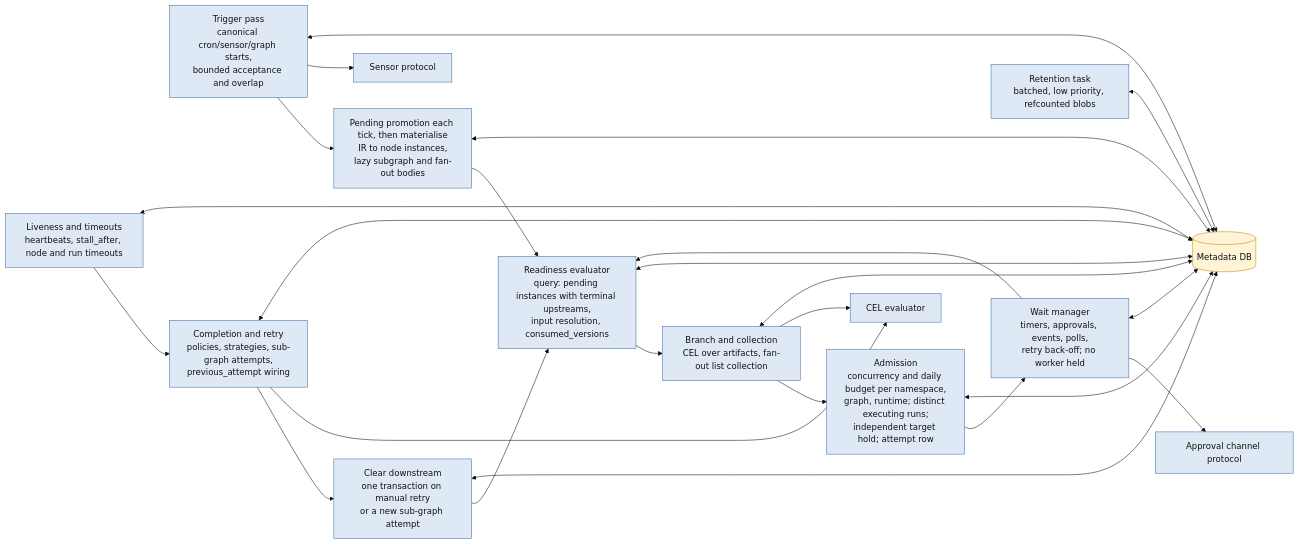
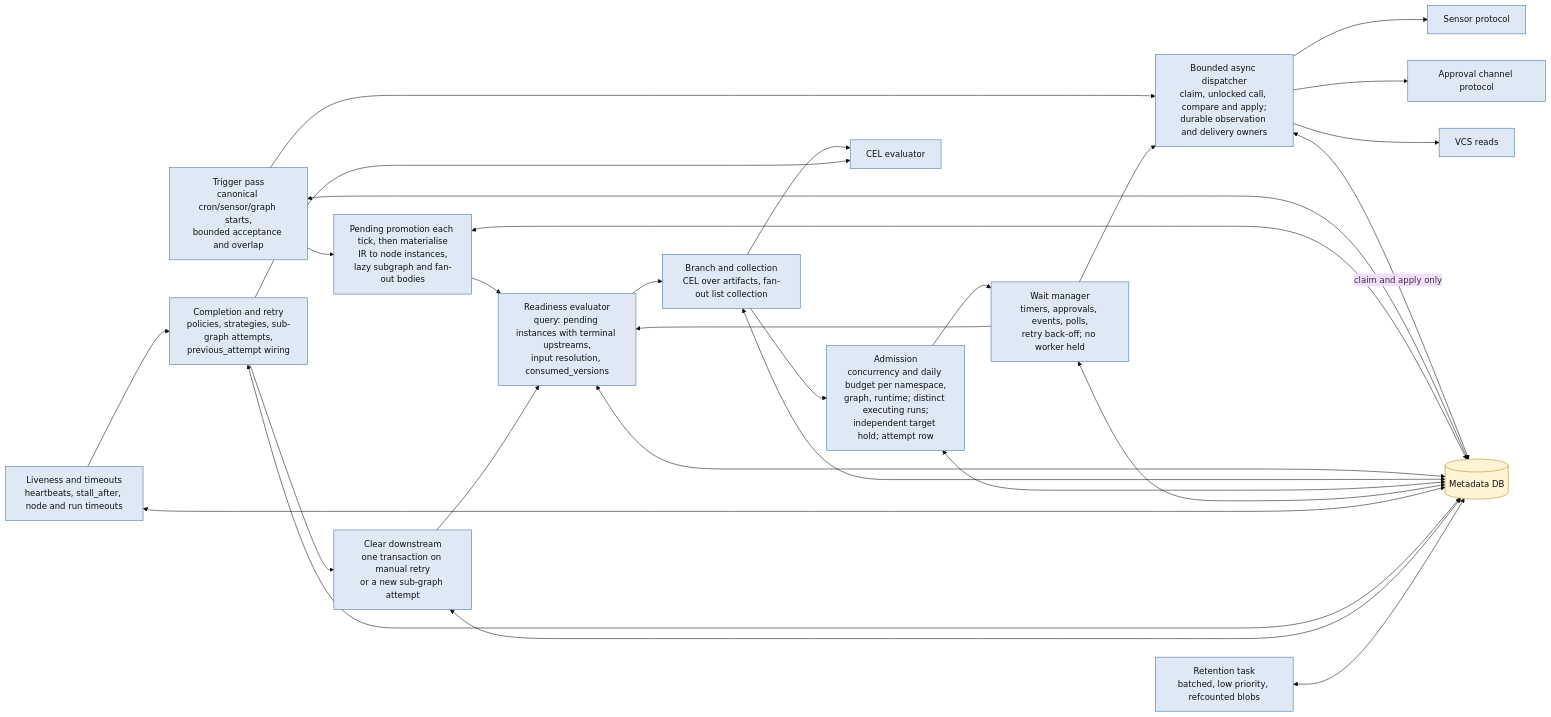
The third of 6 diagrams in knowledge/architecture/detailed.md (klukashka/kora), drawn with Mermaid (base theme) before and after one commit. The commit also changed other lines of this file and 16 other files, not shown here.

````diff
--- a/knowledge/architecture/detailed.md
+++ b/knowledge/architecture/detailed.md
@@ -125,30 +125,33 @@
 ```mermaid
 flowchart LR
     classDef c fill:#dfe9f5,stroke:#3b6ea5,color:#111
     classDef store fill:#fff4d6,stroke:#b8860b,color:#111
 
     DB[(Metadata DB)]:::store
     T[Trigger pass<br/>canonical cron/sensor/graph starts,<br/>bounded acceptance and overlap]:::c
     M[Pending promotion each tick, then materialise<br/>IR to node instances,<br/>lazy subgraph and fan-out bodies]:::c
     R[Readiness evaluator<br/>query: pending instances with terminal upstreams,<br/>input resolution, consumed_versions]:::c
     B[Branch and collection<br/>CEL over artifacts, fan-out list collection]:::c
     A[Admission<br/>concurrency and daily budget per namespace,<br/>graph, runtime; distinct executing runs;<br/>independent target hold; attempt row]:::c
     W[Wait manager<br/>timers, approvals, events, polls,<br/>retry back-off; no worker held]:::c
     L[Liveness and timeouts<br/>heartbeats, stall_after, node and run timeouts]:::c
     C[Completion and retry<br/>policies, strategies, sub-graph attempts,<br/>previous_attempt wiring]:::c
     I[Clear downstream<br/>one transaction on manual retry<br/>or a new sub-graph attempt]:::c
     RET[Retention task<br/>batched, low priority, refcounted blobs]:::c
     CEL[CEL evaluator]:::c
+    OBS[Bounded async dispatcher<br/>claim, unlocked call, compare and apply;<br/>durable observation and delivery owners]:::c
     SEN[Sensor protocol]:::c
     APR[Approval channel protocol]:::c
+    VREAD[VCS reads]:::c
 
     T --> M --> R --> B --> A
     A --> W
     W --> R
     L --> C --> I --> R
-    T --> SEN
-    W --> APR
+    T & W --> OBS
+    OBS --> SEN & APR & VREAD
+    OBS <-->|claim and apply only| DB
     B --> CEL
     C --> CEL
     T & M & R & B & A & W & L & C & I & RET <--> DB
 ```
````
